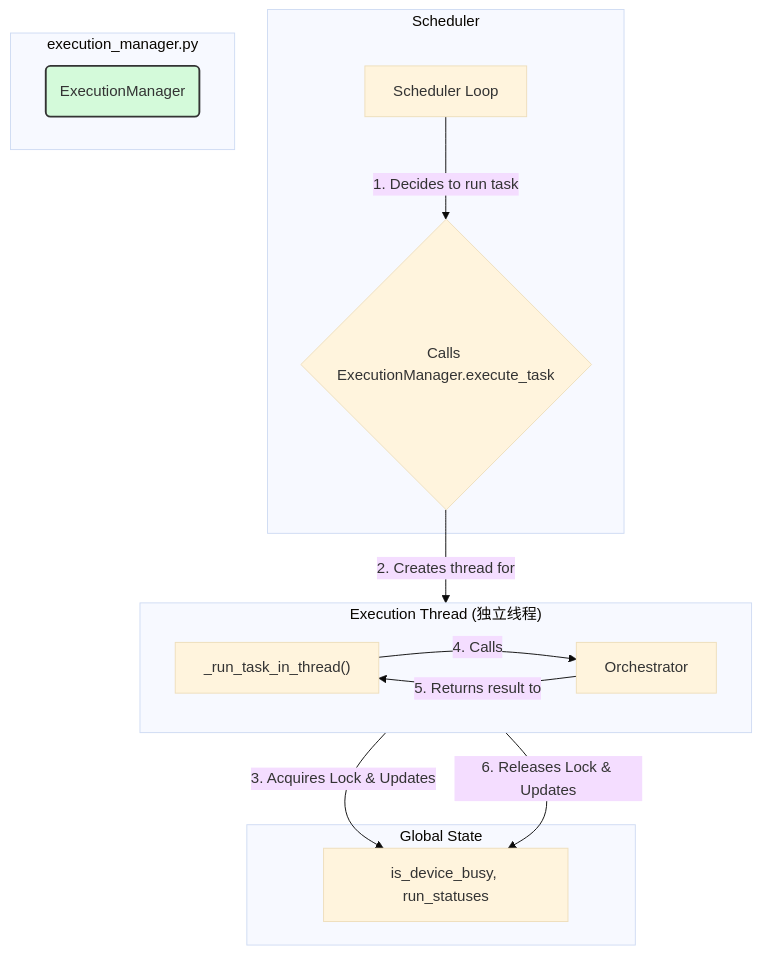
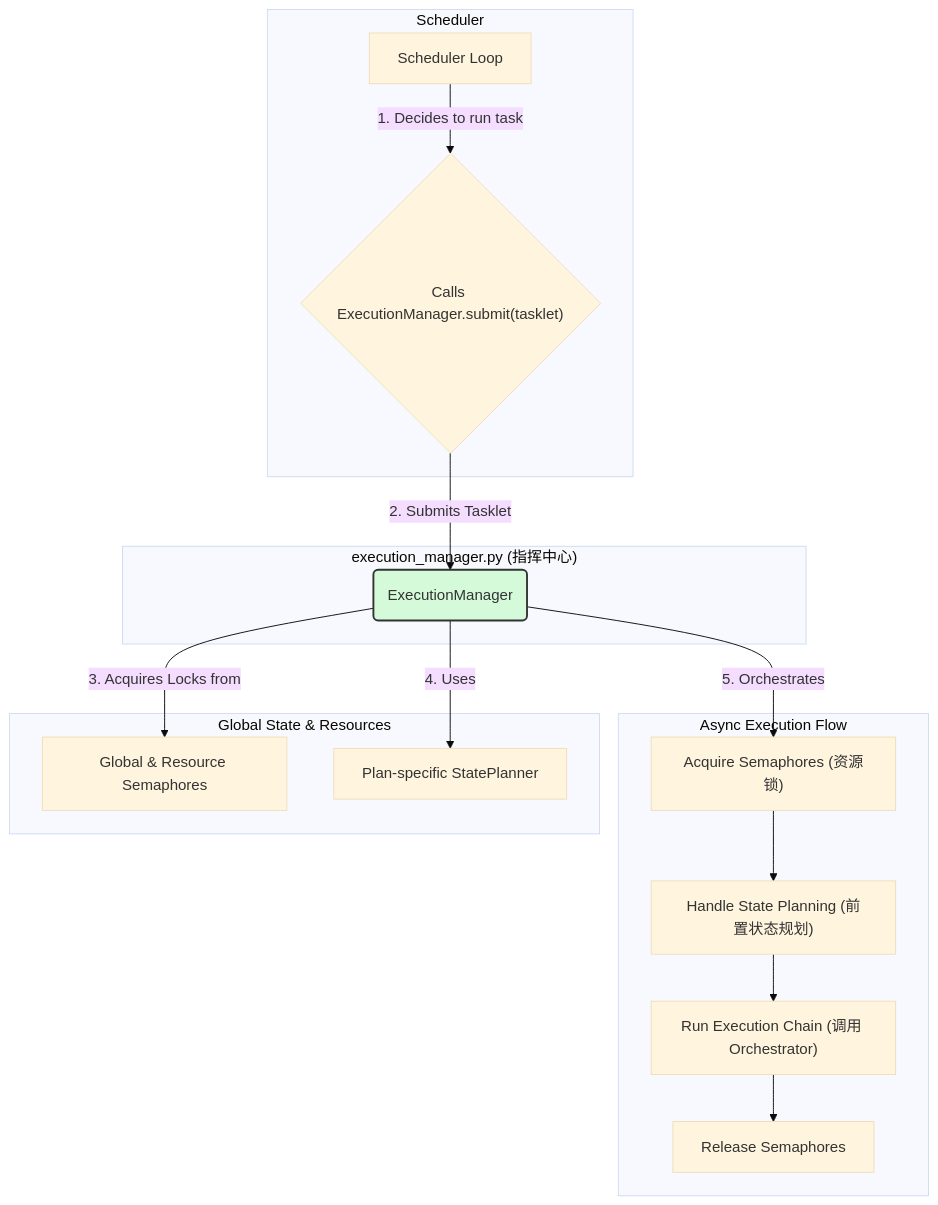
One commit to nightofknife/aura-framework changed the first of 2 diagrams in readme/core_doc/exception_manager.md. Above: the diagram before and after it, drawn with Mermaid (base theme). The commit also changed other lines of this file and 22 other files, not shown here.

````diff
--- a/readme/core_doc/exception_manager.md
+++ b/readme/core_doc/exception_manager.md
@@ -17,26 +16,29 @@
 ```mermaid
 graph TD
     subgraph Scheduler
-        A[Scheduler Loop] -- "1. Decides to run task" --> B{Calls ExecutionManager.execute_task}
+        A[Scheduler Loop] -- "1. Decides to run task" --> B{"Calls ExecutionManager.submit(tasklet)"}
     end
 
-    subgraph "execution_manager.py"
+    subgraph "execution_manager.py (指挥中心)"
         EM(ExecutionManager)
     end
     
-    subgraph "Execution Thread (独立线程)"
-        direction LR
-        ET["_run_task_in_thread()"] -- "4. Calls" --> Orchestrator
+    subgraph "Async Execution Flow"
+        C["Acquire Semaphores (资源锁)"]
+        D["Handle State Planning (前置状态规划)"]
+        E["Run Execution Chain (调用 Orchestrator)"]
+        F["Release Semaphores"]
     end
 
-    subgraph "Global State"
-        GS["is_device_busy, run_statuses"]
+    subgraph "Global State & Resources"
+        GS["Global & Resource Semaphores"]
+        SP["Plan-specific StatePlanner"]
     end
 
-    B -- "2. Creates thread for" --> ET
-    ET -- "3. Acquires Lock & Updates" --> GS
-    Orchestrator -- "5. Returns result to" --> ET
-    ET -- "6. Releases Lock & Updates" --> GS
+    B -- "2. Submits Tasklet" --> EM
+    EM -- "3. Acquires Locks from" --> GS
+    EM -- "4. Uses" --> SP
+    EM -- "5. Orchestrates" --> C --> D --> E --> F
 
     style EM fill:#d4fada,stroke:#333,stroke-width:2px
 ```
````
